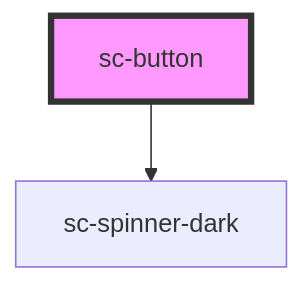
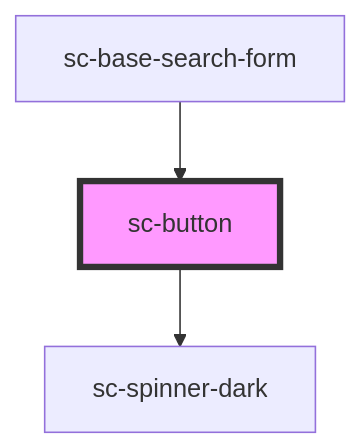
Before and after one commit to searchcraft-inc/searchcraft-javascript-sdks: the diagram in packages/searchcraft-web-components/src/components/sc-button/readme.md, drawn with Mermaid. The commit also changed other lines of this file and 18 other files, not shown here.

Commit message:
Integrate web components into base search form

````diff
--- a/packages/searchcraft-web-components/src/components/sc-button/readme.md
+++ b/packages/searchcraft-web-components/src/components/sc-button/readme.md
@@ -32,5 +36,6 @@
 ```mermaid
 graph TD;
   sc-button --> sc-spinner-dark
+  sc-base-search-form --> sc-button
   style sc-button fill:#f9f,stroke:#333,stroke-width:4px
 ```
````
